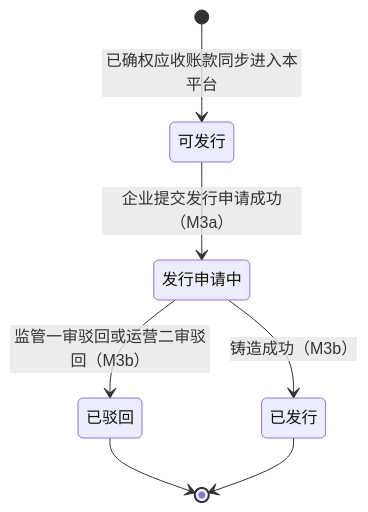
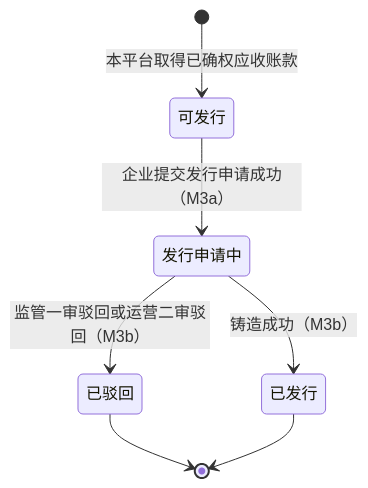
The second of 6 diagrams in token-issuance-platform/PRD/两端共用/M2-可信资产/02-可信资产-流程图与状态机.md (wxblockchain/Chain-Financing), drawn with Mermaid before and after one commit. The commit also changed other lines of this file and 2 other files, not shown here.

````diff
--- a/token-issuance-platform/PRD/两端共用/M2-可信资产/02-可信资产-流程图与状态机.md
+++ b/token-issuance-platform/PRD/两端共用/M2-可信资产/02-可信资产-流程图与状态机.md
@@ -44,14 +44,14 @@
 ```mermaid
 stateDiagram-v2
     state "可发行" as S1
     state "发行申请中" as S2
     state "已驳回" as S3
     state "已发行" as S4
 
-    [*] --> S1: 已确权应收账款同步进入本平台
+    [*] --> S1: 本平台取得已确权应收账款
     S1 --> S2: 企业提交发行申请成功（M3a）
     S2 --> S3: 监管一审驳回或运营二审驳回（M3b）
     S2 --> S4: 铸造成功（M3b）
     S3 --> [*]
     S4 --> [*]
 ```
````
